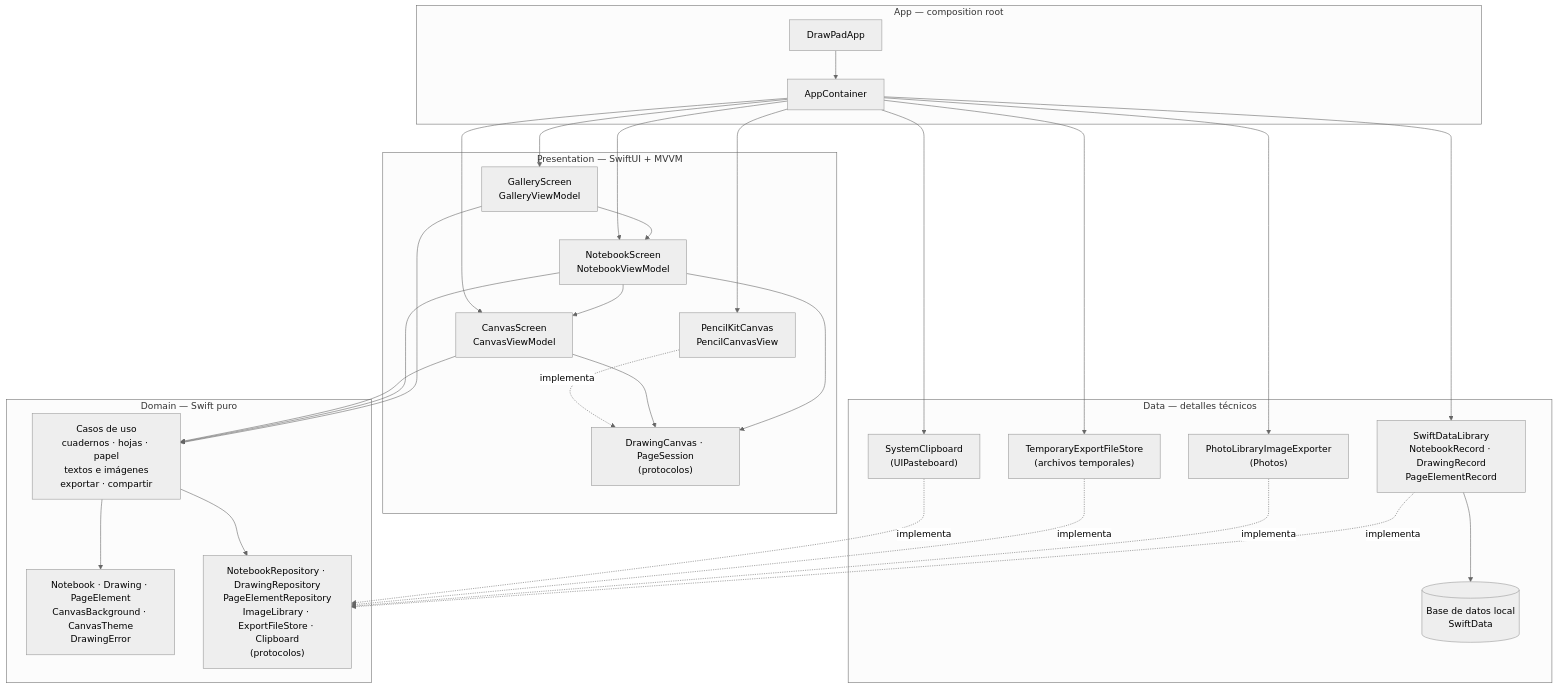
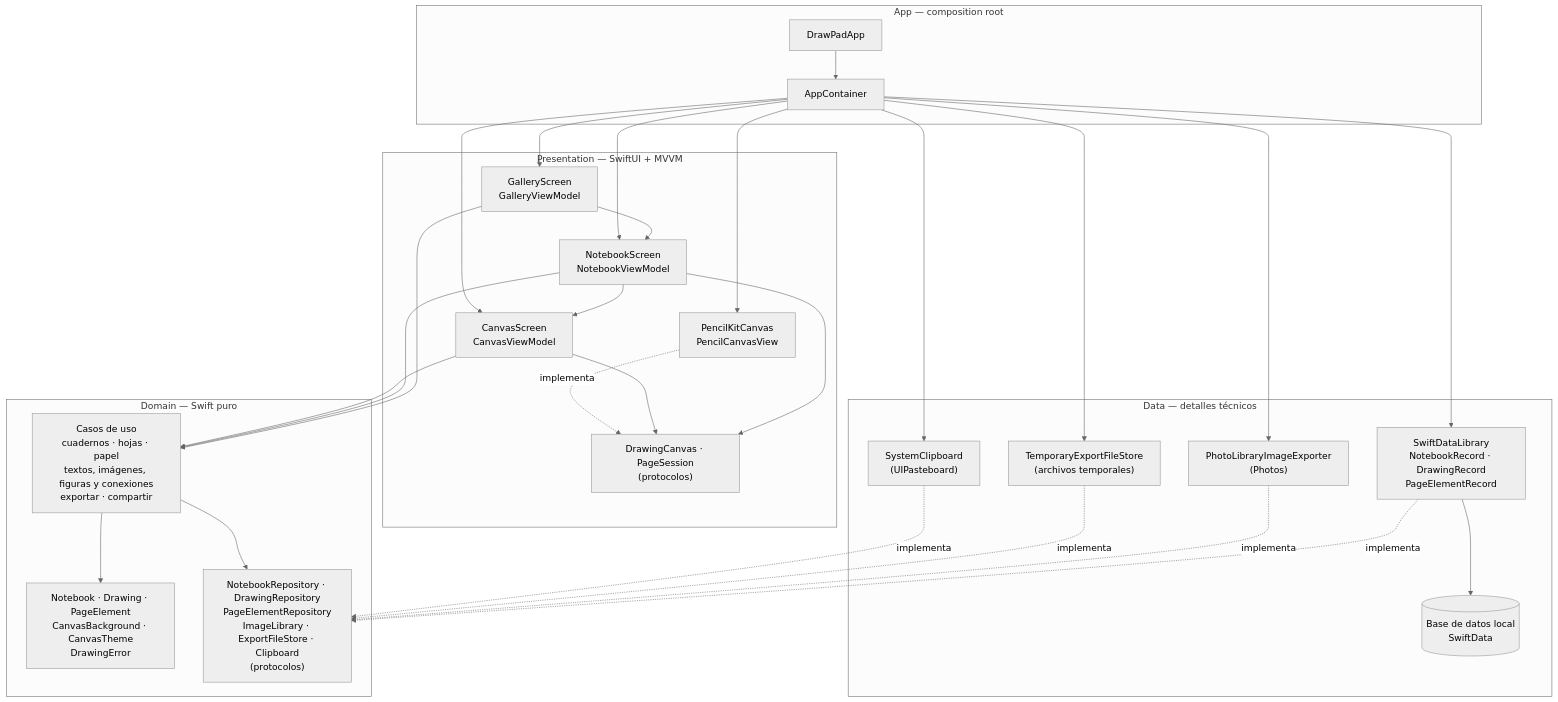
Before and after one commit to jhonjairo6230/DrawPad: the first of 14 diagrams in docs/arquitectura.md, drawn with Mermaid (neutral theme). The commit also changed other lines of this file and 30 other files, not shown here.

First line of the commit message:
Añadir figuras de diagrama unidas con flechas o líneas

````diff
--- a/docs/arquitectura.md
+++ b/docs/arquitectura.md
@@ -13,51 +13,51 @@
 ```mermaid
 flowchart TB
     subgraph APP["App — composition root"]
         A1["DrawPadApp"]
         A2["AppContainer"]
     end
     subgraph PRES["Presentation — SwiftUI + MVVM"]
         G1["GalleryScreen<br/>GalleryViewModel"]
         N1["NotebookScreen<br/>NotebookViewModel"]
         P1["CanvasScreen<br/>CanvasViewModel"]
         P3["DrawingCanvas · PageSession<br/>(protocolos)"]
         P4["PencilKitCanvas<br/>PencilCanvasView"]
     end
     subgraph DOM["Domain — Swift puro"]
-        D1["Casos de uso<br/>cuadernos · hojas · papel<br/>textos e imágenes<br/>exportar · compartir"]
+        D1["Casos de uso<br/>cuadernos · hojas · papel<br/>textos, imágenes, figuras y conexiones<br/>exportar · compartir"]
         D2["Notebook · Drawing · PageElement<br/>CanvasBackground · CanvasTheme<br/>DrawingError"]
         D3["NotebookRepository · DrawingRepository<br/>PageElementRepository<br/>ImageLibrary · ExportFileStore · Clipboard<br/>(protocolos)"]
     end
     subgraph DATA["Data — detalles técnicos"]
         T1["SwiftDataLibrary<br/>NotebookRecord · DrawingRecord<br/>PageElementRecord"]
         T2["PhotoLibraryImageExporter<br/>(Photos)"]
         T4["TemporaryExportFileStore<br/>(archivos temporales)"]
         T5["SystemClipboard<br/>(UIPasteboard)"]
         T3[("Base de datos local<br/>SwiftData")]
     end
 
     G1 --> N1
     N1 --> P1
     G1 --> D1
     N1 --> D1
     N1 --> P3
     P1 --> P3
     P1 --> D1
     P4 -. implementa .-> P3
     D1 --> D2
     D1 --> D3
     T1 -. implementa .-> D3
     T2 -. implementa .-> D3
     T4 -. implementa .-> D3
     T5 -. implementa .-> D3
     T1 --> T3
     A1 --> A2
     A2 --> G1
     A2 --> N1
     A2 --> P1
     A2 --> P4
     A2 --> T1
     A2 --> T2
     A2 --> T4
     A2 --> T5
 ```
````
